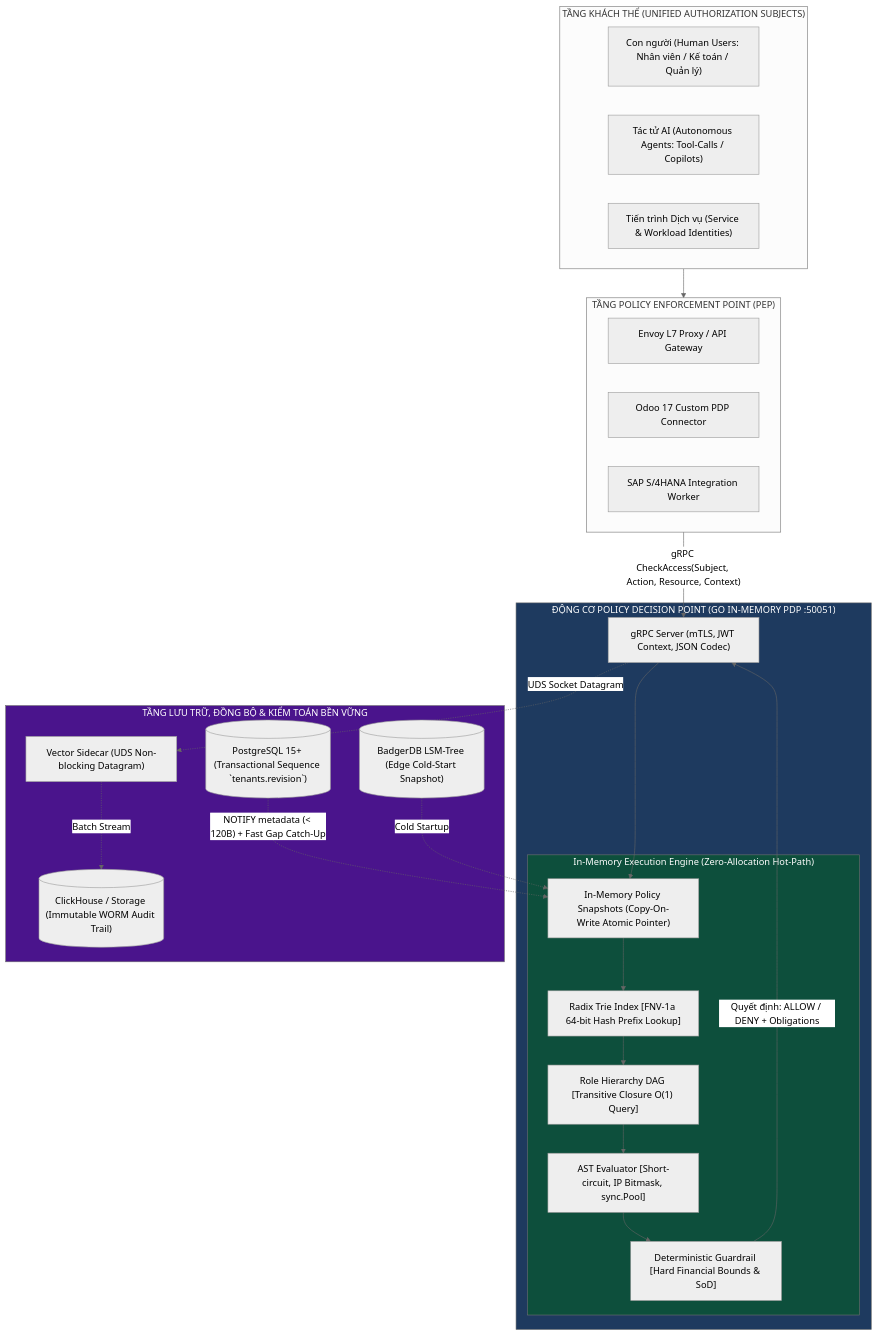
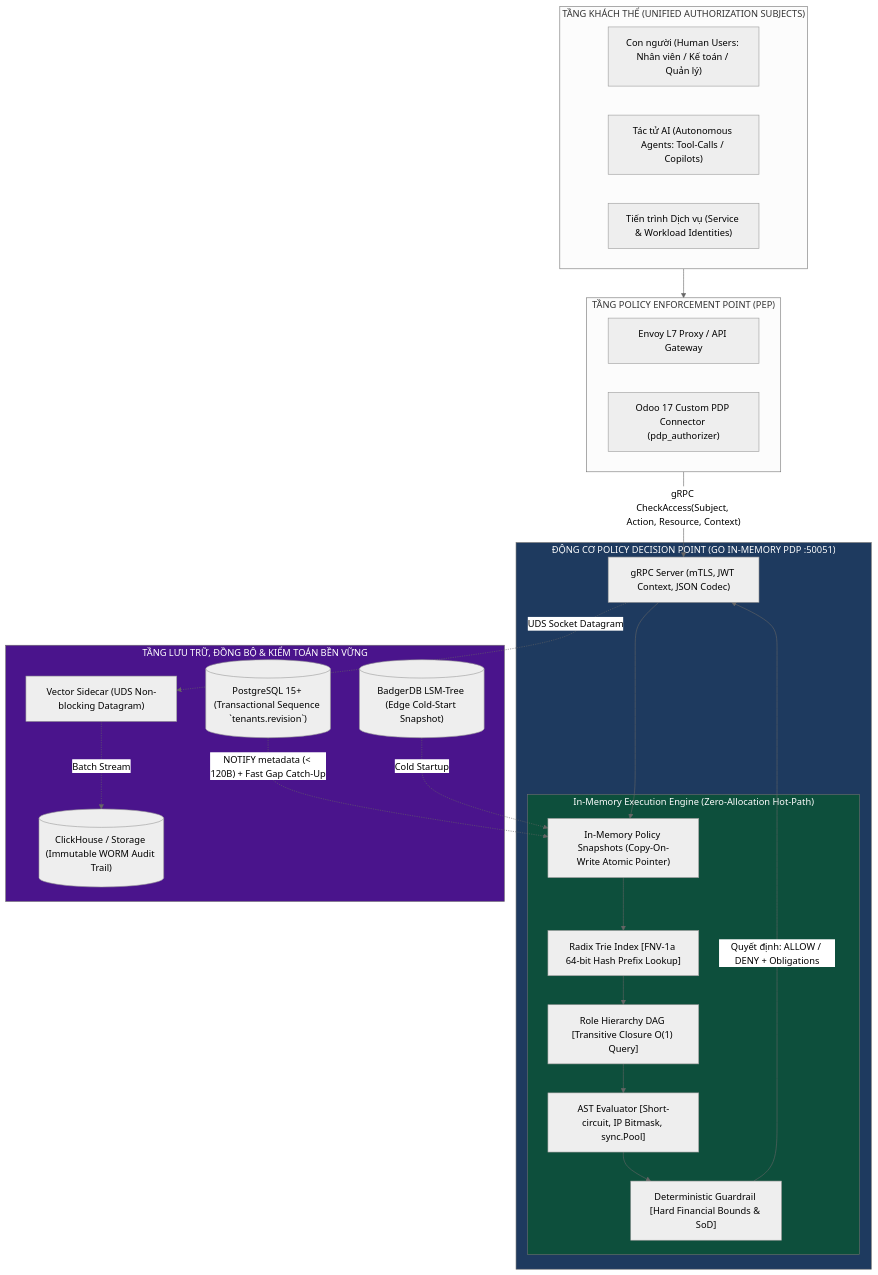
The second of 2 diagrams in docs/thesis-proposal/DE_CUONG_CHI_TIET_DO_AN_TOT_NGHIEP_CHUAN_KHOA_HOC.md (Rochthii/standalone-policy-engine), drawn with Mermaid (neutral theme) before and after one commit. The commit also changed other lines of this file, not shown here.

Commit message:
docs(thesis): refine official thesis title and scope for Odoo AI delegation authorization

````diff
--- a/docs/thesis-proposal/DE_CUONG_CHI_TIET_DO_AN_TOT_NGHIEP_CHUAN_KHOA_HOC.md
+++ b/docs/thesis-proposal/DE_CUONG_CHI_TIET_DO_AN_TOT_NGHIEP_CHUAN_KHOA_HOC.md
@@ -163,51 +163,50 @@
 ```mermaid
 flowchart TD
     subgraph Clients["TẦNG KHÁCH THỂ (UNIFIED AUTHORIZATION SUBJECTS)"]
         HumanStaff["Con người (Human Users: Nhân viên / Kế toán / Quản lý)"]
         AIAgent["Tác tử AI (Autonomous Agents: Tool-Calls / Copilots)"]
         ServiceWorkload["Tiến trình Dịch vụ (Service & Workload Identities)"]
     end
 
     subgraph Gateway["TẦNG POLICY ENFORCEMENT POINT (PEP)"]
         EnvoyPEP["Envoy L7 Proxy / API Gateway"]
-        OdooModule["Odoo 17 Custom PDP Connector"]
-        SAPBridge["SAP S/4HANA Integration Worker"]
+        OdooModule["Odoo 17 Custom PDP Connector (pdp_authorizer)"]
     end
 
     subgraph PDP_Core["ĐỘNG CƠ POLICY DECISION POINT (GO IN-MEMORY PDP :50051)"]
         GRPC["gRPC Server (mTLS, JWT Context, JSON Codec)"]
         
         subgraph RAM_Engine["In-Memory Execution Engine (Zero-Allocation Hot-Path)"]
             Trie["Radix Trie Index [FNV-1a 64-bit Hash Prefix Lookup]"]
             DAG["Role Hierarchy DAG [Transitive Closure O(1) Query]"]
             AST["AST Evaluator [Short-circuit, IP Bitmask, sync.Pool]"]
             Guardrail["Deterministic Guardrail [Hard Financial Bounds & SoD]"]
             COW["In-Memory Policy Snapshots (Copy-On-Write Atomic Pointer)"]
         end
     end
 
     subgraph Storage["TẦNG LƯU TRỮ, ĐỒNG BỘ & KIỂM TOÁN BỀN VỮNG"]
         Postgres[("PostgreSQL 15+ (Transactional Sequence `tenants.revision`)")]
         Vector["Vector Sidecar (UDS Non-blocking Datagram)"]
         ClickHouse[("ClickHouse / Storage (Immutable WORM Audit Trail)")]
         Badger[("BadgerDB LSM-Tree (Edge Cold-Start Snapshot)")]
     end
 
     Clients --> Gateway
     Gateway -->|"gRPC CheckAccess(Subject, Action, Resource, Context)"| GRPC
     GRPC --> COW
     COW --> Trie
     Trie --> DAG
     DAG --> AST
     AST --> Guardrail
     Guardrail -->|"Quyết định: ALLOW / DENY + Obligations"| GRPC
 
     GRPC -.->|"UDS Socket Datagram"| Vector
     Vector -.->|"Batch Stream"| ClickHouse
     Postgres -.->|"NOTIFY metadata (< 120B) + Fast Gap Catch-Up"| COW
     Badger -.->|"Cold Startup"| COW
 
     style PDP_Core fill:#1e3a5f,color:#fff
     style RAM_Engine fill:#0d4f3c,color:#fff
     style Storage fill:#4a148c,color:#fff
 ```
````
